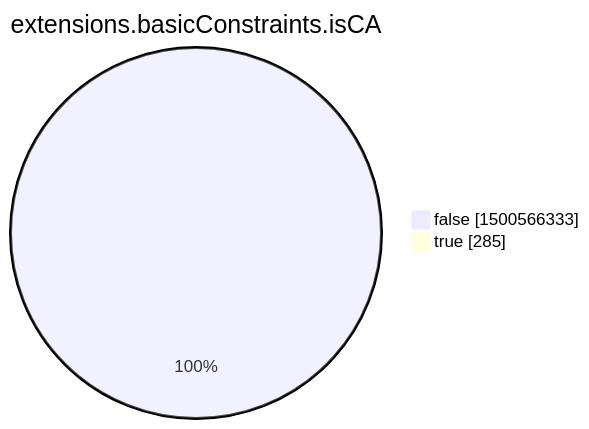
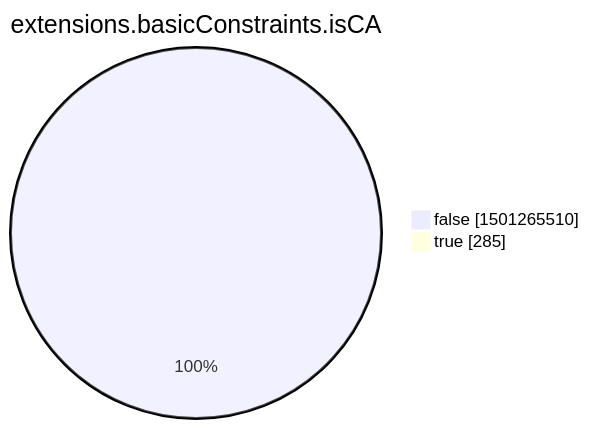
The eighth of 15 diagrams in xenon2022/README.md (christiankrug/ctmonitor_visualization), drawn with Mermaid before and after one commit. The commit also changed other lines of this file, not shown here.

````diff
--- a/xenon2022/README.md
+++ b/xenon2022/README.md
@@ -2853,6 +2854,6 @@
 ```mermaid
 pie showData
 title extensions.basicConstraints.isCA
-"false" :1500566333
+"false" :1501265510
 "true" :285
 ```
````
